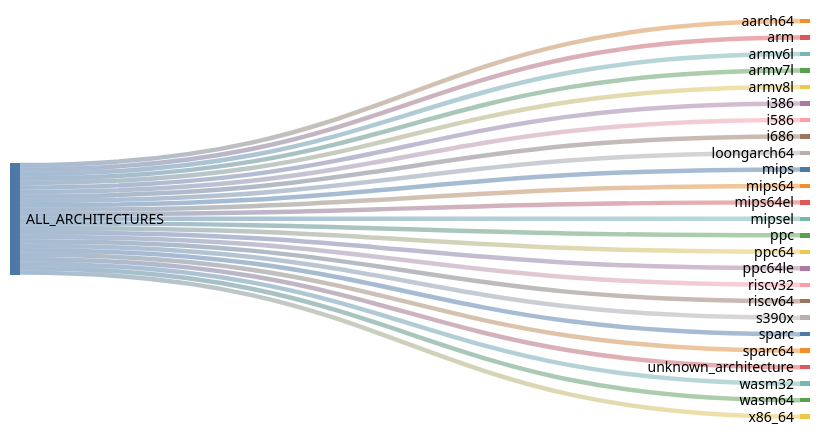
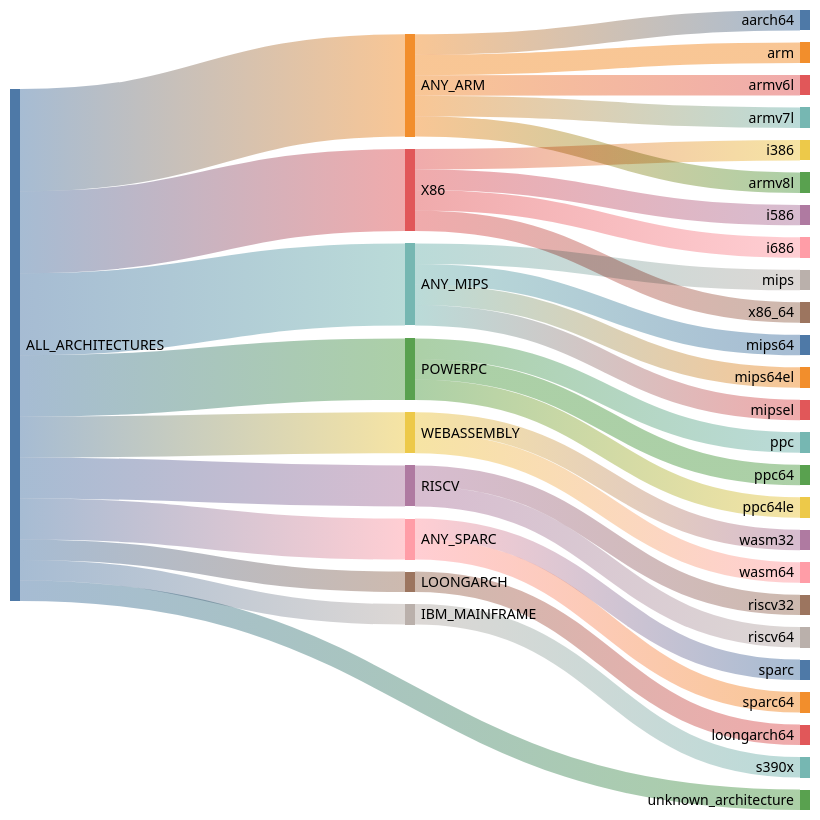
One commit to kdeldycke/extra-platforms changed the first of 11 diagrams in docs/architectures.md. Above: the diagram before and after it, drawn with Mermaid (forest theme). The commit also changed other lines of this file and 5 other files, not shown here.

Commit message:
Add architecture groups

````diff
--- a/docs/architectures.md
+++ b/docs/architectures.md
@@ -82,32 +82,41 @@
 ```mermaid
 ---
-config: {"sankey": {"showValues": false, "width": 800, "height": 400}}
+config: {"sankey": {"showValues": false, "width": 800, "height": 800}}
 ---
 sankey-beta
 
-ALL_ARCHITECTURES,aarch64,1
-ALL_ARCHITECTURES,arm,1
-ALL_ARCHITECTURES,armv6l,1
-ALL_ARCHITECTURES,armv7l,1
-ALL_ARCHITECTURES,armv8l,1
-ALL_ARCHITECTURES,i386,1
-ALL_ARCHITECTURES,i586,1
-ALL_ARCHITECTURES,i686,1
-ALL_ARCHITECTURES,loongarch64,1
-ALL_ARCHITECTURES,mips,1
-ALL_ARCHITECTURES,mips64,1
-ALL_ARCHITECTURES,mips64el,1
-ALL_ARCHITECTURES,mipsel,1
-ALL_ARCHITECTURES,ppc,1
-ALL_ARCHITECTURES,ppc64,1
-ALL_ARCHITECTURES,ppc64le,1
-ALL_ARCHITECTURES,riscv32,1
-ALL_ARCHITECTURES,riscv64,1
-ALL_ARCHITECTURES,s390x,1
-ALL_ARCHITECTURES,sparc,1
-ALL_ARCHITECTURES,sparc64,1
+ALL_ARCHITECTURES,ANY_ARM,5
+ALL_ARCHITECTURES,X86,4
+ALL_ARCHITECTURES,ANY_MIPS,4
+ALL_ARCHITECTURES,POWERPC,3
+ALL_ARCHITECTURES,WEBASSEMBLY,2
+ALL_ARCHITECTURES,RISCV,2
+ALL_ARCHITECTURES,ANY_SPARC,2
+ALL_ARCHITECTURES,LOONGARCH,1
+ALL_ARCHITECTURES,IBM_MAINFRAME,1
+ANY_ARM,aarch64,1
+ANY_ARM,arm,1
+ANY_ARM,armv6l,1
+ANY_ARM,armv7l,1
+ANY_ARM,armv8l,1
+X86,i386,1
+X86,i586,1
+X86,i686,1
+X86,x86_64,1
+ANY_MIPS,mips,1
+ANY_MIPS,mips64,1
+ANY_MIPS,mips64el,1
+ANY_MIPS,mipsel,1
+POWERPC,ppc,1
+POWERPC,ppc64,1
+POWERPC,ppc64le,1
+WEBASSEMBLY,wasm32,1
+WEBASSEMBLY,wasm64,1
+RISCV,riscv32,1
+RISCV,riscv64,1
+ANY_SPARC,sparc,1
+ANY_SPARC,sparc64,1
+LOONGARCH,loongarch64,1
+IBM_MAINFRAME,s390x,1
 ALL_ARCHITECTURES,unknown_architecture,1
-ALL_ARCHITECTURES,wasm32,1
-ALL_ARCHITECTURES,wasm64,1
-ALL_ARCHITECTURES,x86_64,1
 ```
````
